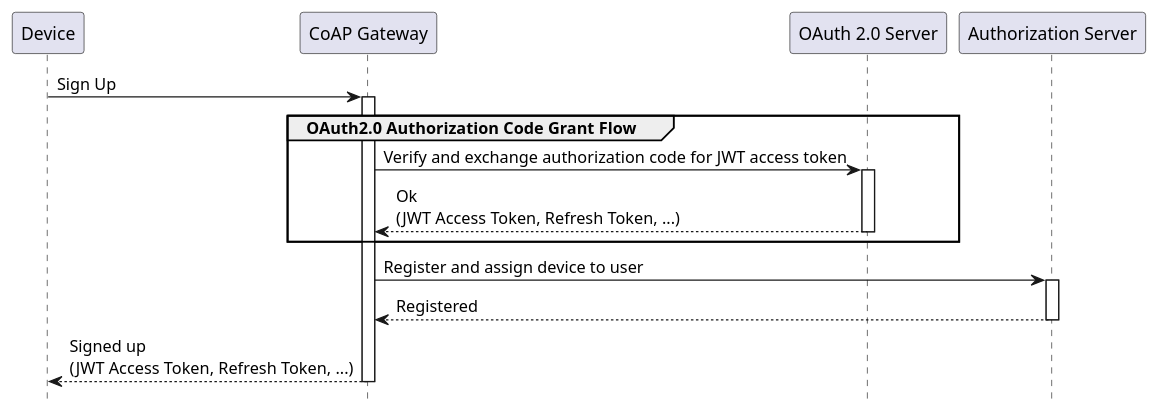
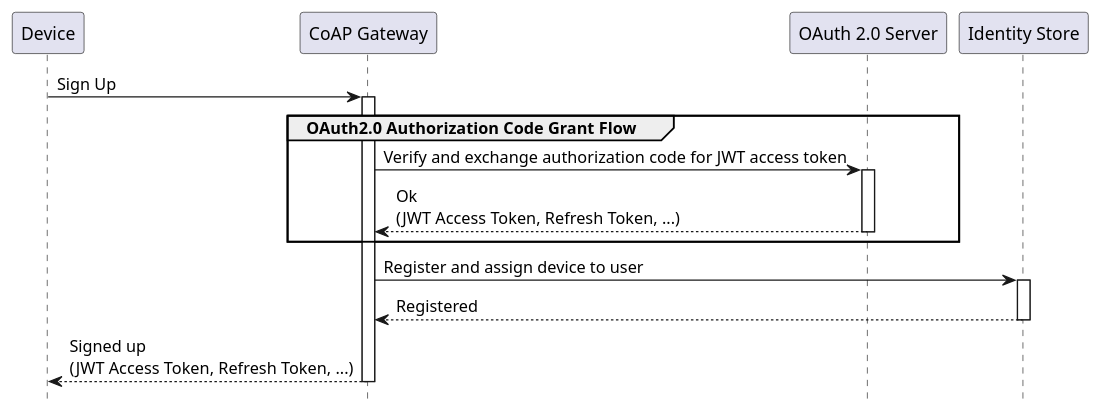
The second of 7 diagrams in content/en/architecture/component-overview.md (plgd-dev/doc), drawn with PlantUML before and after one commit. The commit also changed other lines of this file and 15 other files, not shown here.

```diff
--- a/content/en/architecture/component-overview.md
+++ b/content/en/architecture/component-overview.md
@@ -66,20 +66,20 @@
 {{< plantuml id="cloud-registration" >}}
 @startuml Sequence
 skinparam backgroundColor transparent
 hide footbox
 
 participant D as "Device"
 participant CGW as "CoAP Gateway"
 participant O as "OAuth 2.0 Server"
-participant AS as "Authorization Server"
+participant IS as "Identity Store"
 
 D -> CGW ++: Sign Up
 group OAuth2.0 Authorization Code Grant Flow
     CGW -> O ++: Verify and exchange authorization code for JWT access token
     return Ok\n(JWT Access Token, Refresh Token, ...)
 end
-CGW -> AS ++: Register and assign device to user
+CGW -> IS ++: Register and assign device to user
 return Registered
 return Signed up\n(JWT Access Token, Refresh Token, ...)
 @enduml
 {{< /plantuml >}}
```
